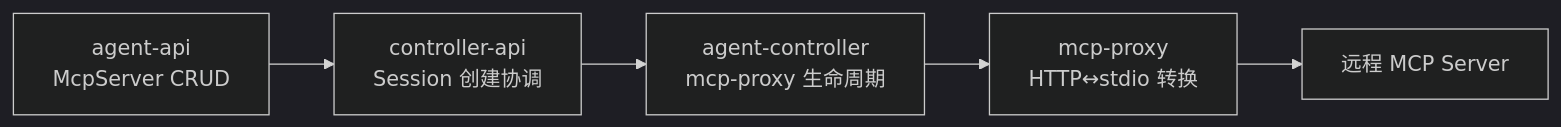
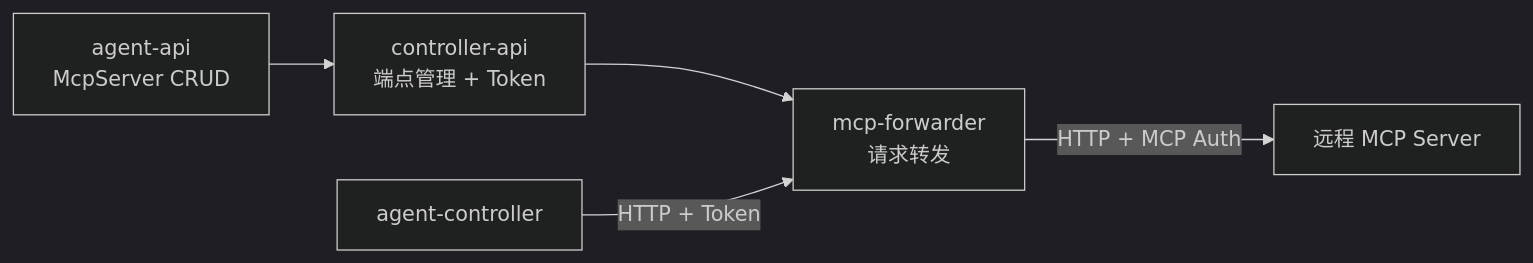
Before and after one commit to Deliay/z-agent-gear: the second of 4 diagrams in docs/engineering/proposals/20260530-feat-mcp-proxy-config.md, drawn with Mermaid (dark theme). The commit also changed other lines of this file, not shown here.

Commit message:
docs(proposal): 重构MCP转发架构 - 服务端转发服务替代controller端mcp-proxy

````diff
--- a/docs/engineering/proposals/20260530-feat-mcp-proxy-config.md
+++ b/docs/engineering/proposals/20260530-feat-mcp-proxy-config.md
@@ -99,7 +133,7 @@
 ```mermaid
 graph LR
-    A[agent-api<br/>McpServer CRUD] --> B[controller-api<br/>Session 创建协调]
-    B --> C[agent-controller<br/>mcp-proxy 生命周期]
-    C --> D[mcp-proxy<br/>HTTP↔stdio 转换]
-    D --> E[远程 MCP Server]
+    A[agent-api<br/>McpServer CRUD] --> B[controller-api<br/>端点管理 + Token]
+    B --> C[mcp-forwarder<br/>请求转发]
+    D[agent-controller] -->|HTTP + Token| C
+    C -->|HTTP + MCP Auth| E[远程 MCP Server]
 ```
````
